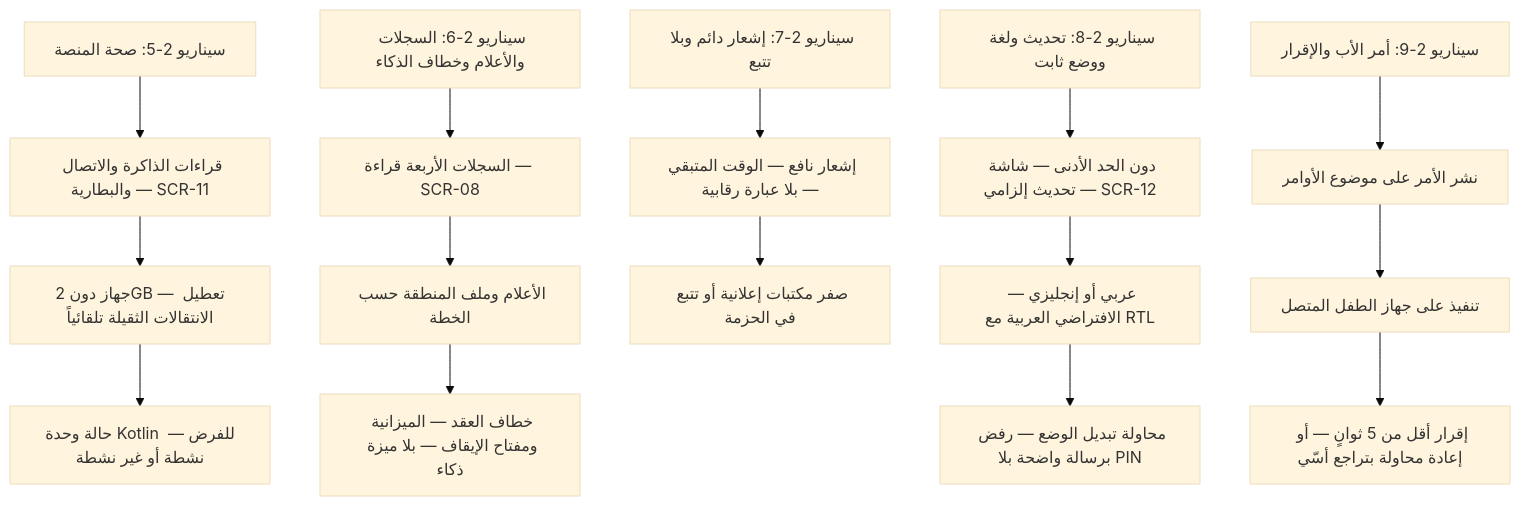
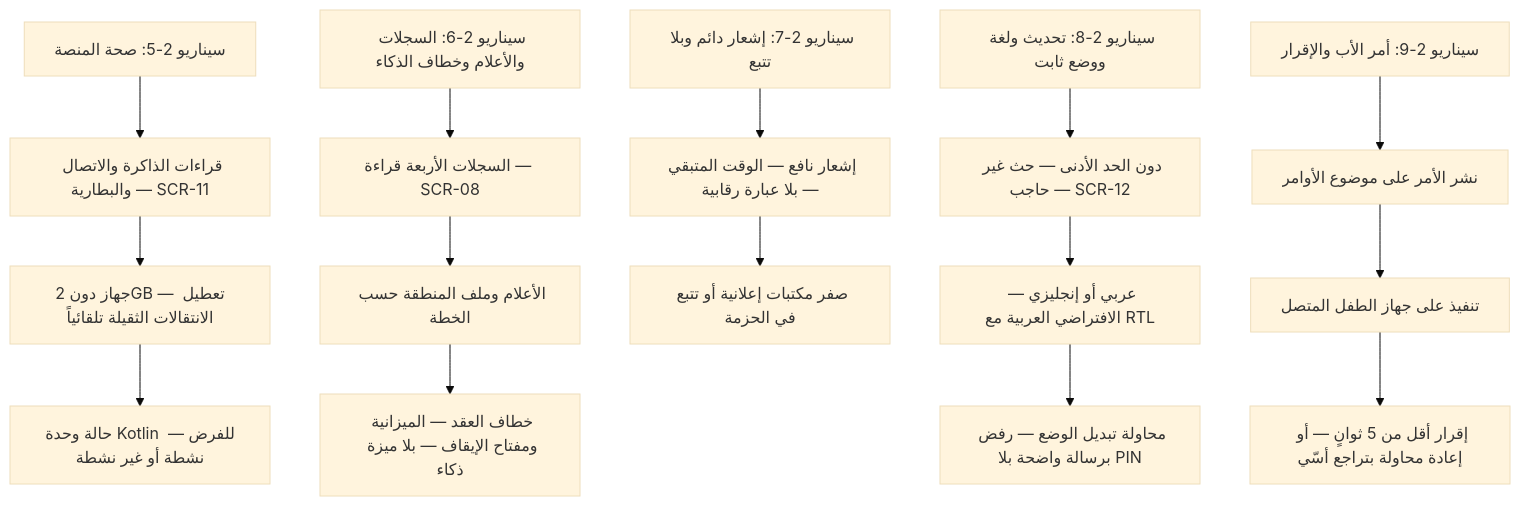
Before and after one commit to Bassam-mohammed-alqaeadi/family-os-v2: the third of 3 diagrams in docs/family-os/governance/phases/phase-1/S1-01-app-shell-and-platform/SPEC.md, drawn with Mermaid (base theme). The commit also changed other lines of this file and 77 other files, not shown here.

````diff
--- a/docs/family-os/governance/phases/phase-1/S1-01-app-shell-and-platform/SPEC.md
+++ b/docs/family-os/governance/phases/phase-1/S1-01-app-shell-and-platform/SPEC.md
@@ -163,17 +165,17 @@
 ```mermaid
 flowchart TD
     H[سيناريو 2-5: صحة المنصة] --> H1[قراءات الذاكرة والاتصال والبطارية — SCR-11]
     H1 --> H2[جهاز دون 2GB — تعطيل الانتقالات الثقيلة تلقائياً]
     H2 --> H3[حالة وحدة Kotlin للفرض — نشطة أو غير نشطة]
     R[سيناريو 2-6: السجلات والأعلام وخطاف الذكاء] --> R1[السجلات الأربعة قراءة — SCR-08]
     R1 --> R2[الأعلام وملف المنطقة حسب الخطة]
     R2 --> R3[خطاف العقد — الميزانية ومفتاح الإيقاف — بلا ميزة ذكاء]
     N[سيناريو 2-7: إشعار دائم وبلا تتبع] --> N1[إشعار نافع — الوقت المتبقي — بلا عبارة رقابية]
     N1 --> N2[صفر مكتبات إعلانية أو تتبع في الحزمة]
-    U[سيناريو 2-8: تحديث ولغة ووضع ثابت] --> U1[دون الحد الأدنى — شاشة تحديث إلزامي — SCR-12]
+    U[سيناريو 2-8: تحديث ولغة ووضع ثابت] --> U1[دون الحد الأدنى — حث غير حاجب — SCR-12]
     U1 --> U2[عربي أو إنجليزي — الافتراضي العربية مع RTL]
     U2 --> U3[محاولة تبديل الوضع — رفض برسالة واضحة بلا PIN]
     C[سيناريو 2-9: أمر الأب والإقرار] --> C1[نشر الأمر على موضوع الأوامر]
     C1 --> C2[تنفيذ على جهاز الطفل المتصل]
     C2 --> C3[إقرار أقل من 5 ثوانٍ — أو إعادة محاولة بتراجع أسّي]
 ```
````
